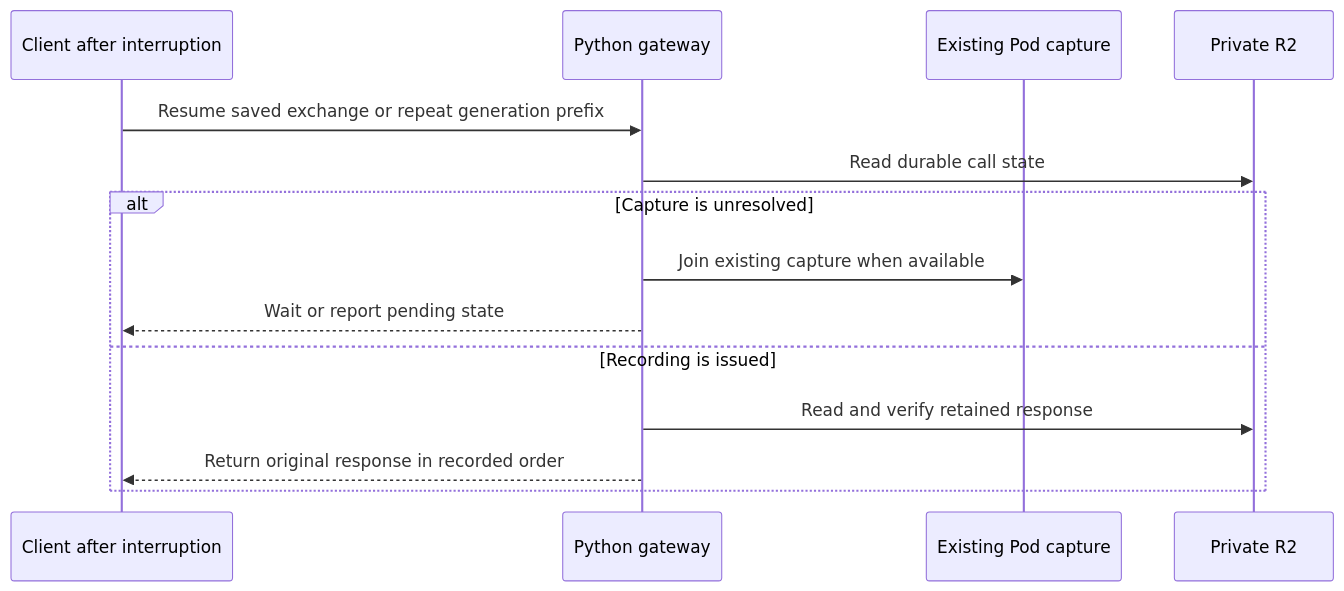
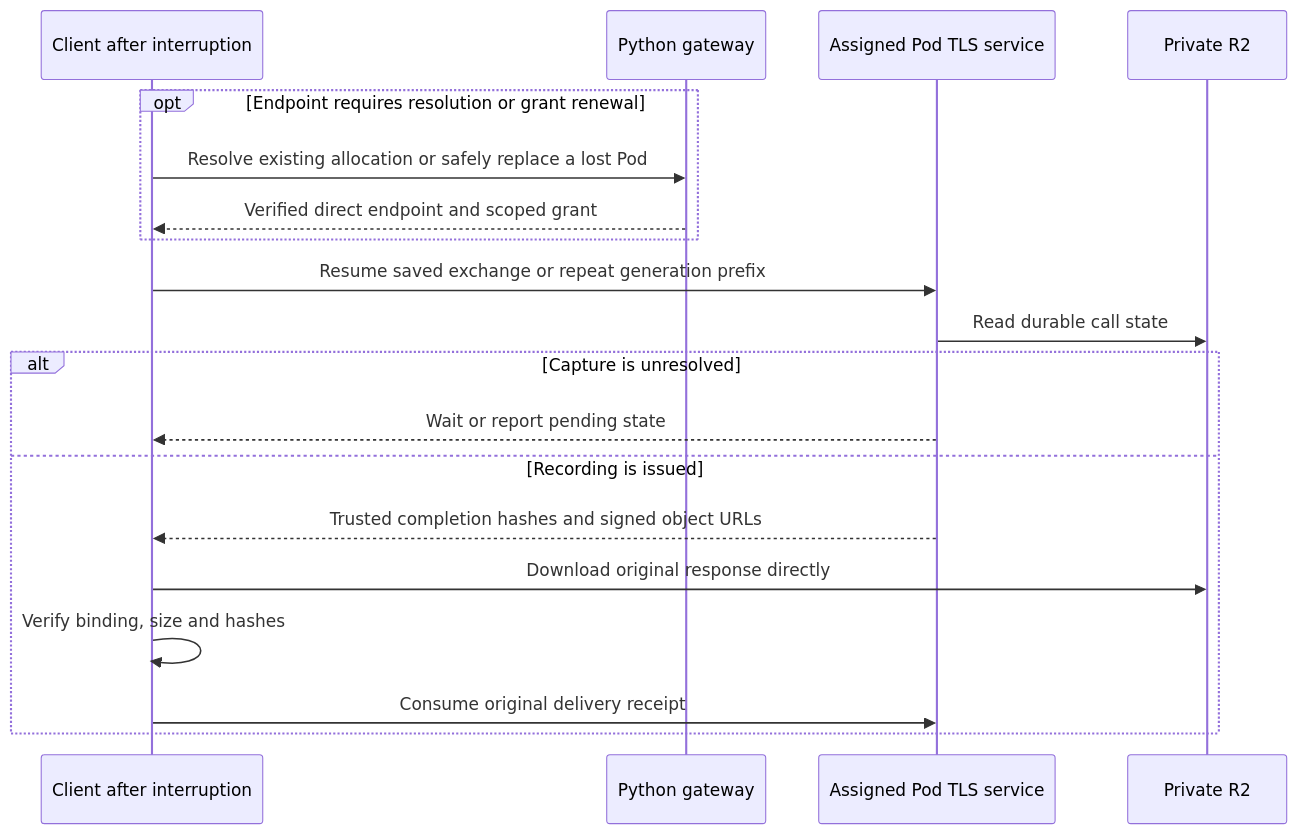
Before and after one commit to 404-Repo/404-gen-subnet: the second of 2 diagrams in witness-client/SEQUENCE.md, drawn with Mermaid. The commit also changed other lines of this file and 52 other files, not shown here.

First line of the commit message:
Use direct witness Pod transport and bounded recovery

````diff
--- a/witness-client/SEQUENCE.md
+++ b/witness-client/SEQUENCE.md
@@ -43,16 +46,21 @@
 ```mermaid
 sequenceDiagram
     participant M as Client after interruption
     participant G as Python gateway
-    participant W as Existing Pod capture
+    participant W as Assigned Pod TLS service
     participant R as Private R2
-    M->>G: Resume saved exchange or repeat generation prefix
-    G->>R: Read durable call state
+    opt Endpoint requires resolution or grant renewal
+        M->>G: Resolve existing allocation or safely replace a lost Pod
+        G-->>M: Verified direct endpoint and scoped grant
+    end
+    M->>W: Resume saved exchange or repeat generation prefix
+    W->>R: Read durable call state
     alt Capture is unresolved
-        G->>W: Join existing capture when available
-        G-->>M: Wait or report pending state
+        W-->>M: Wait or report pending state
     else Recording is issued
-        G->>R: Read and verify retained response
-        G-->>M: Return original response in recorded order
+        W-->>M: Trusted completion hashes and signed object URLs
+        M->>R: Download original response directly
+        M->>M: Verify binding, size and hashes
+        M->>W: Consume original delivery receipt
     end
 ```
````
